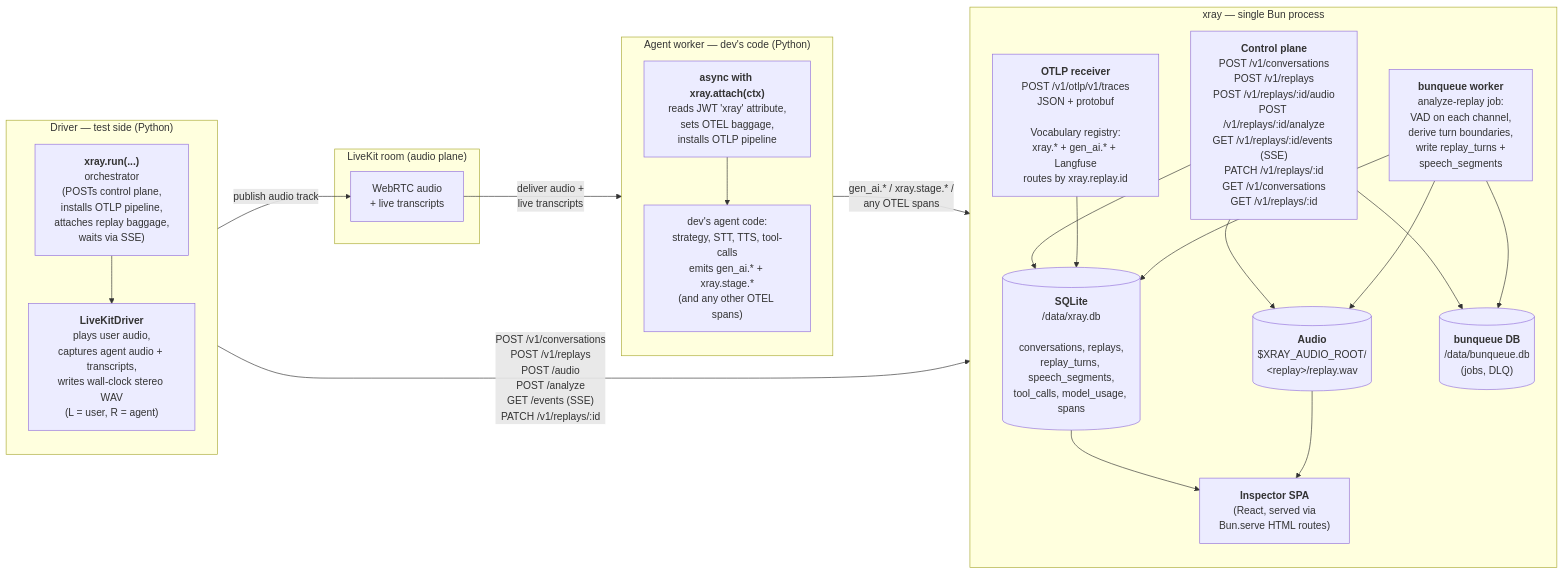
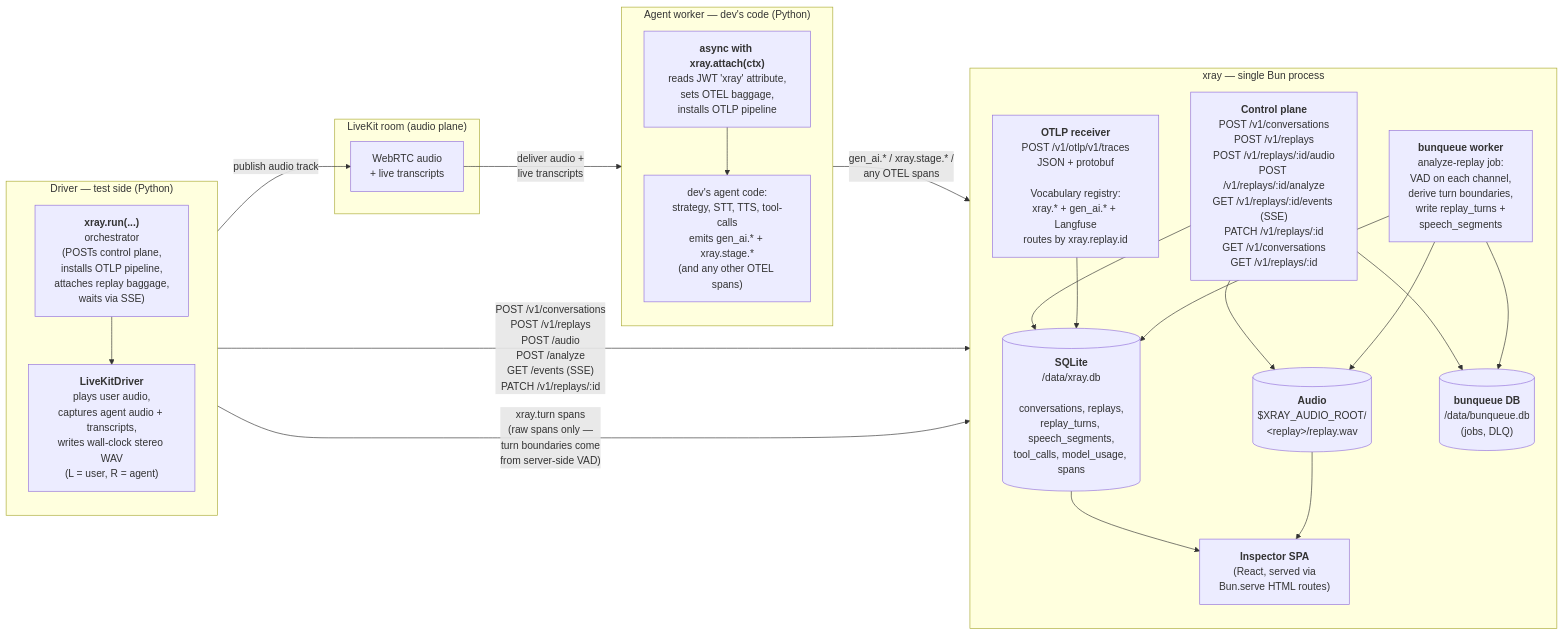
The first of 5 diagrams in docs/architecture.md (xray-eval/xray), drawn with Mermaid before and after one commit. The commit also changed other lines of this file and 6 other files, not shown here.

````diff
--- a/docs/architecture.md
+++ b/docs/architecture.md
@@ -38,45 +38,46 @@
 ```mermaid
 flowchart LR
     subgraph DRV["Driver — test side (Python)"]
       direction TB
       D1["<b>xray.run(...)</b><br/>orchestrator<br/>(POSTs control plane,<br/>installs OTLP pipeline,<br/>attaches replay baggage,<br/>waits via SSE)"]
       D2["<b>LiveKitDriver</b><br/>plays user audio,<br/>captures agent audio + transcripts,<br/>writes wall-clock stereo WAV<br/>(L = user, R = agent)"]
       D1 --> D2
     end
 
     subgraph LK["LiveKit room (audio plane)"]
       LKR["WebRTC audio<br/>+ live transcripts"]
     end
 
     subgraph AGT["Agent worker — dev's code (Python)"]
       direction TB
       A1["<b>async with xray.attach(ctx)</b><br/>reads JWT 'xray' attribute,<br/>sets OTEL baggage,<br/>installs OTLP pipeline"]
       A2["dev's agent code:<br/>strategy, STT, TTS, tool-calls<br/>emits gen_ai.* + xray.stage.*<br/>(and any other OTEL spans)"]
       A1 --> A2
     end
 
     subgraph XR["xray — single Bun process"]
       direction TB
       CTL["<b>Control plane</b><br/>POST /v1/conversations<br/>POST /v1/replays<br/>POST /v1/replays/:id/audio<br/>POST /v1/replays/:id/analyze<br/>GET /v1/replays/:id/events (SSE)<br/>PATCH /v1/replays/:id<br/>GET /v1/conversations<br/>GET /v1/replays/:id"]
       OTLP["<b>OTLP receiver</b><br/>POST /v1/otlp/v1/traces<br/>JSON + protobuf<br/><br/>Vocabulary registry:<br/>xray.* + gen_ai.* + Langfuse<br/>routes by xray.replay.id"]
       JOB["<b>bunqueue worker</b><br/>analyze-replay job:<br/>VAD on each channel,<br/>derive turn boundaries,<br/>write replay_turns +<br/>speech_segments"]
       DB[("<b>SQLite</b><br/>/data/xray.db<br/><br/>conversations, replays,<br/>replay_turns, speech_segments,<br/>tool_calls, model_usage, spans")]
       BQDB[("<b>bunqueue DB</b><br/>/data/bunqueue.db<br/>(jobs, DLQ)")]
       AUDIO[("<b>Audio</b><br/>$XRAY_AUDIO_ROOT/<br/>&lt;replay&gt;/replay.wav")]
       SPA["<b>Inspector SPA</b><br/>(React, served via<br/>Bun.serve HTML routes)"]
       CTL --> DB
       CTL --> AUDIO
       CTL --> BQDB
       OTLP --> DB
       JOB --> DB
       JOB --> AUDIO
       JOB --> BQDB
       DB --> SPA
       AUDIO --> SPA
     end
 
     D1 -- "POST /v1/conversations<br/>POST /v1/replays<br/>POST /audio<br/>POST /analyze<br/>GET /events (SSE)<br/>PATCH /v1/replays/:id" --> CTL
     D2 -- "publish audio track" --> LKR
+    D2 -- "xray.turn spans<br/>(raw spans only —<br/>turn boundaries come<br/>from server-side VAD)" --> OTLP
     LKR -- "deliver audio +<br/>live transcripts" --> A2
     A2 -- "gen_ai.* / xray.stage.* /<br/>any OTEL spans" --> OTLP
 ```
````
